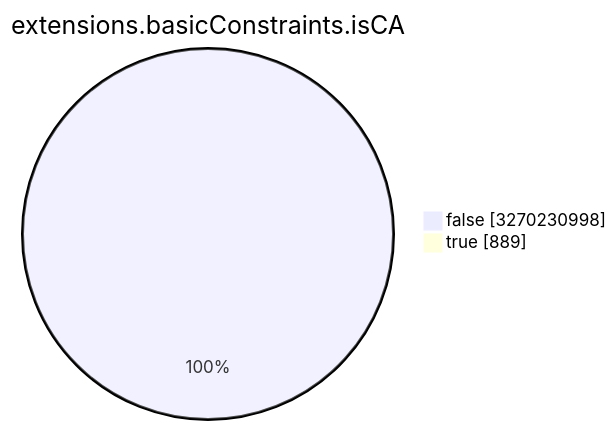
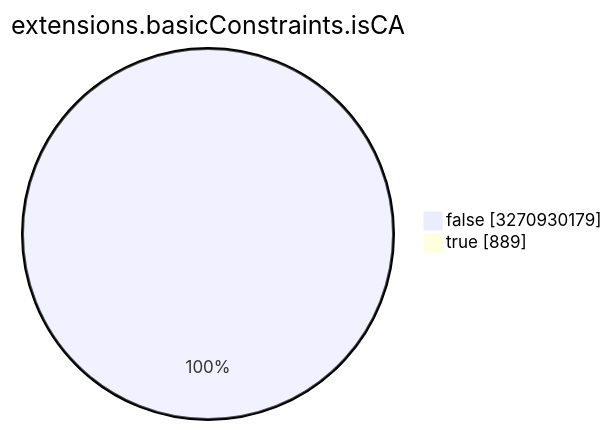
Before and after one commit to christiankrug/ctmonitor_visualization: the seventh of 15 diagrams in TOTAL/README.md, drawn with Mermaid. The commit also changed other lines of this file, not shown here.

````diff
--- a/TOTAL/README.md
+++ b/TOTAL/README.md
@@ -3089,6 +3089,6 @@
 ```mermaid
 pie showData
 title extensions.basicConstraints.isCA
-"false" :3270230998
+"false" :3270930179
 "true" :889
 ```
````
